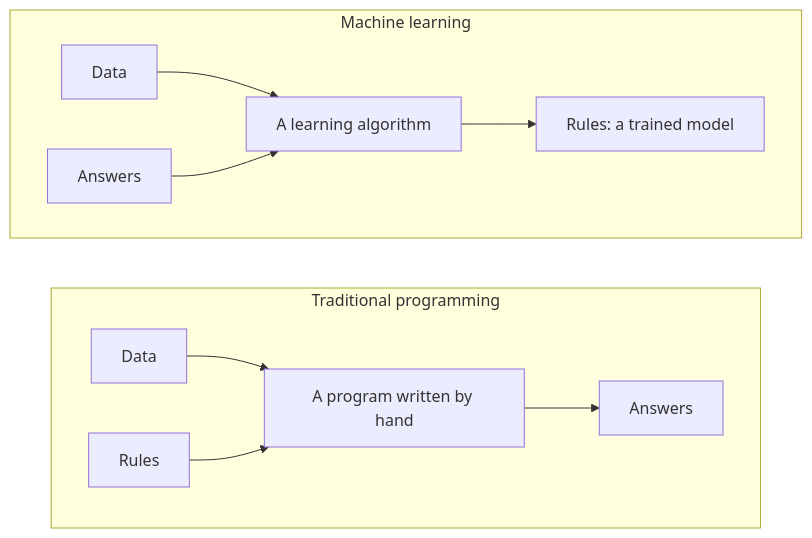
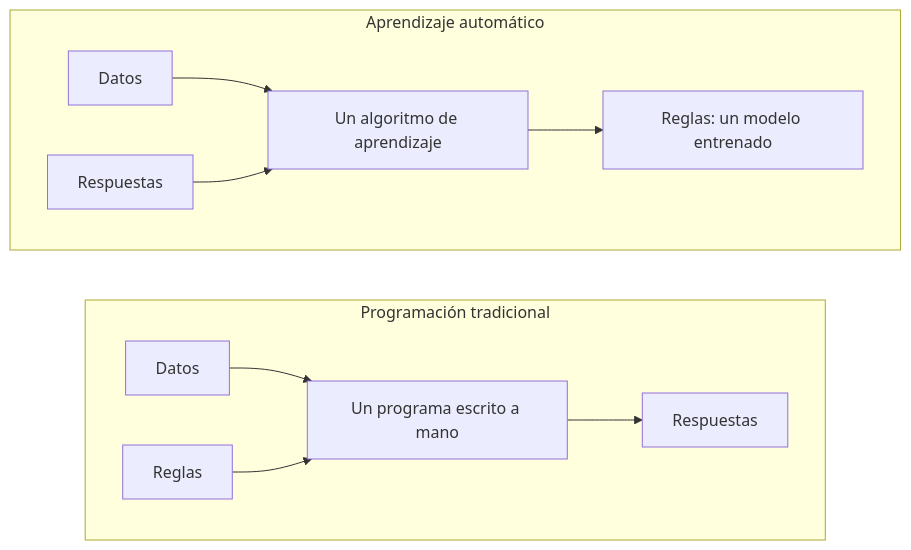
One commit to NainIglesias/ai changed the diagram in saa/concepts/background/machine_learning_paradigms.md. Above: the diagram before and after it, drawn with Mermaid. The commit also changed other lines of this file and 44 other files, not shown here.

````diff
--- a/saa/concepts/background/machine_learning_paradigms.md
+++ b/saa/concepts/background/machine_learning_paradigms.md
@@ -37,15 +37,15 @@
 ```mermaid
 flowchart LR
-    subgraph traditional ["Traditional programming"]
+    subgraph traditional ["Programación tradicional"]
         direction LR
-        data1["Data"] --> program["A program written by hand"]
-        rules1["Rules"] --> program
-        program --> answers1["Answers"]
+        data1["Datos"] --> program["Un programa escrito a mano"]
+        rules1["Reglas"] --> program
+        program --> answers1["Respuestas"]
     end
-    subgraph learning ["Machine learning"]
+    subgraph learning ["Aprendizaje automático"]
         direction LR
-        data2["Data"] --> algorithm["A learning algorithm"]
-        answers2["Answers"] --> algorithm
-        algorithm --> rules2["Rules: a trained model"]
+        data2["Datos"] --> algorithm["Un algoritmo de aprendizaje"]
+        answers2["Respuestas"] --> algorithm
+        algorithm --> rules2["Reglas: un modelo entrenado"]
     end
 ```
````
